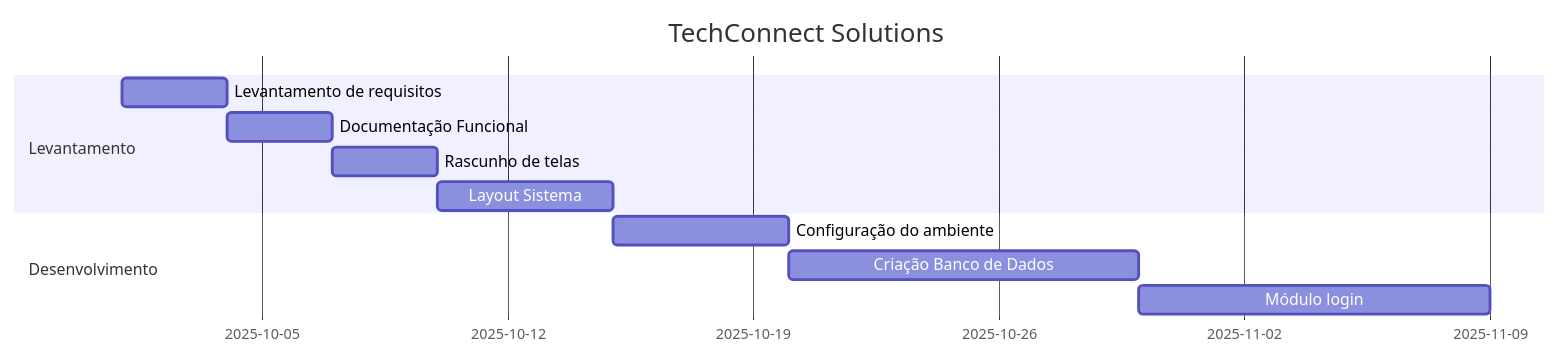
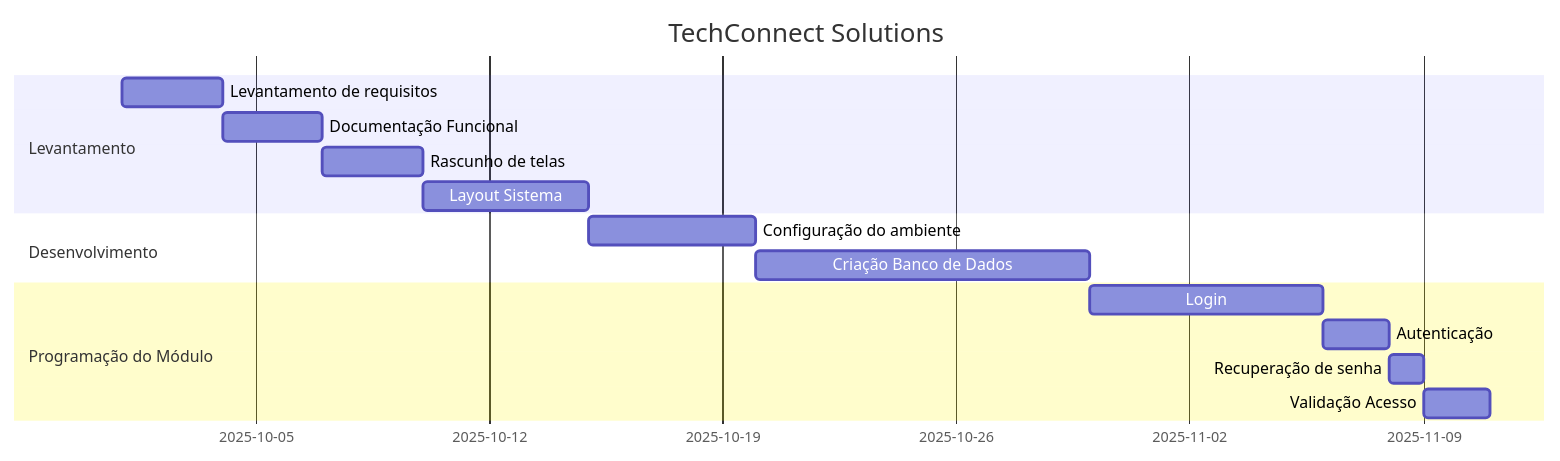
The first of 3 diagrams in README.md (AnandaMazine/Grafico-Gantt), drawn with Mermaid before and after one commit.

````diff
--- a/README.md
+++ b/README.md
@@ -1,16 +1,21 @@
 ```mermaid
 gantt
 title TechConnect Solutions
 dateFormat YYYY-MM-DD
 section Levantamento
 Levantamento de requisitos:lr, 2025-10-01, 3d
 Documentação Funcional:df, after lr, 3d
 Rascunho de telas:rt, after df, 3d
 Layout Sistema:ls, after rt, 5d
 
 section Desenvolvimento
 Configuração do ambiente:ca, after ls, 5d
 Criação Banco de Dados:db, after ca, 10d
-Módulo login:ml, after db, 10d
+
+section Programação do Módulo
+Login:lo, after db, 7d
+Autenticação:at, after lo, 2d
+Recuperação de senha:rs, after at, 1d
+Validação Acesso:va, after rs, 2d
 
 ```
````
